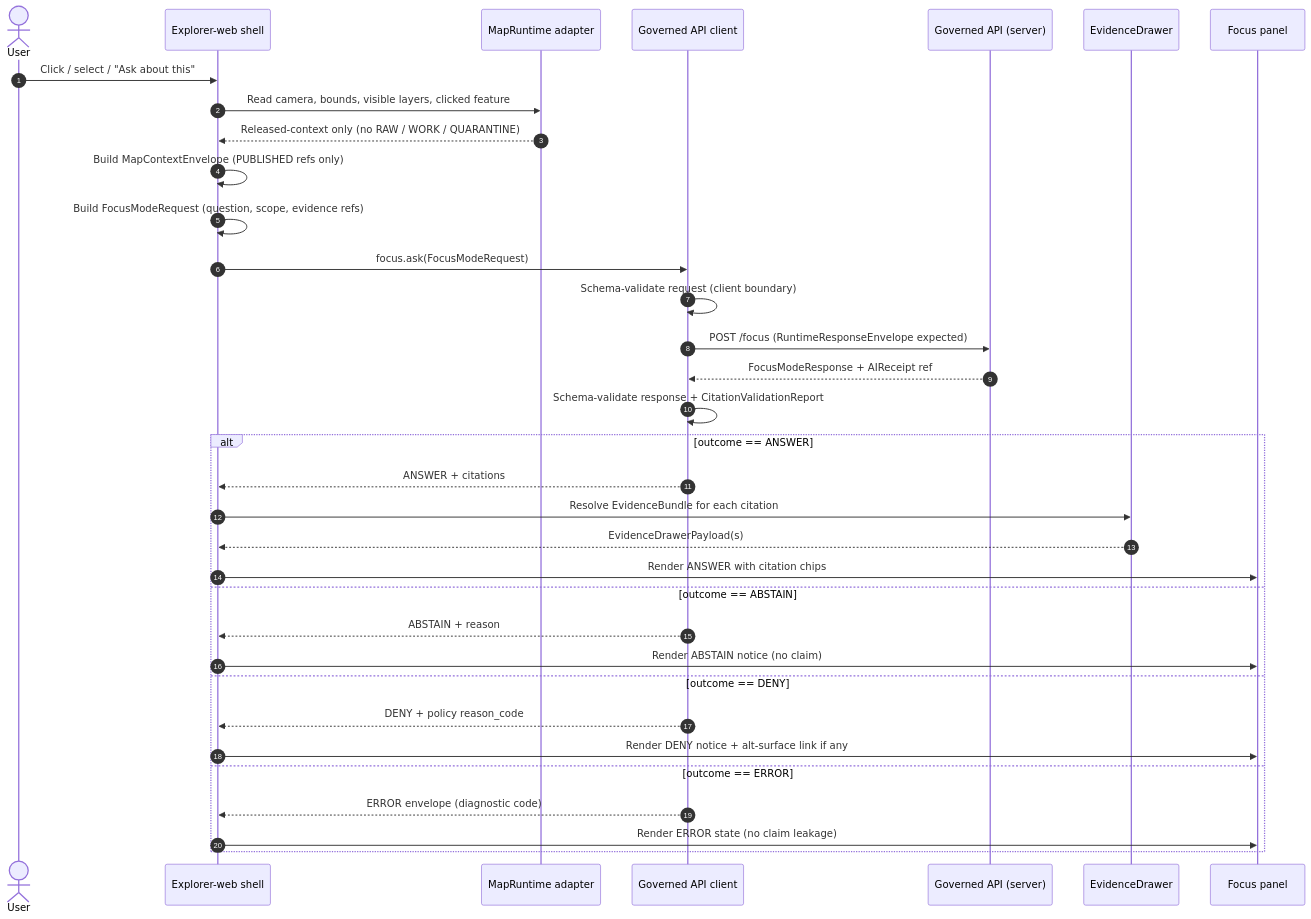
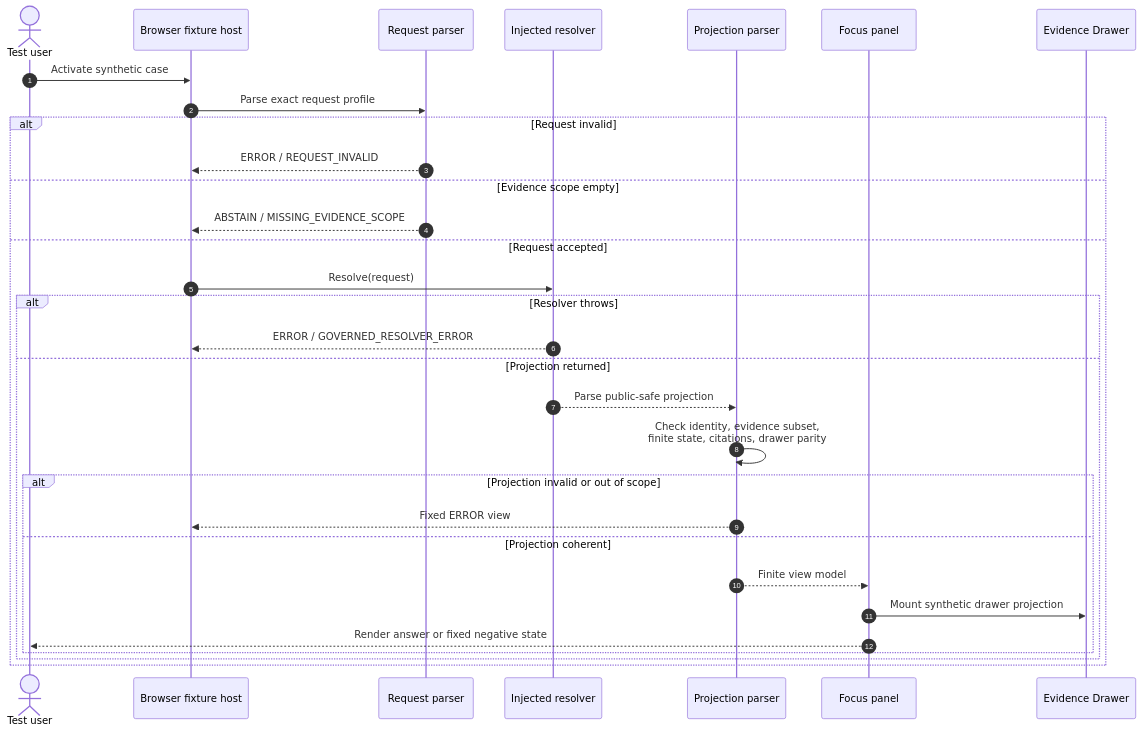
The first of 2 diagrams in docs/architecture/ui/FOCUS_FLOW.md (bartytime4life/Kansas-Frontier-Matrix), drawn with Mermaid before and after one commit. The commit also changed other lines of this file, not shown here.

Commit message:
docs(ui): ground Focus Flow in fixture-first boundary

````diff
--- a/docs/architecture/ui/FOCUS_FLOW.md
+++ b/docs/architecture/ui/FOCUS_FLOW.md
@@ -130,37 +282,34 @@
 ```mermaid
 sequenceDiagram
     autonumber
-    actor U as User
-    participant Sh as Explorer-web shell
-    participant MR as MapRuntime adapter
-    participant Cl as Governed API client
-    participant GA as Governed API (server)
-    participant ED as EvidenceDrawer
-    participant FP as Focus panel
+    actor U as Test user
+    participant H as Browser fixture host
+    participant P as Request parser
+    participant R as Injected resolver
+    participant V as Projection parser
+    participant F as Focus panel
+    participant D as Evidence Drawer
 
-    U->>Sh: Click / select / "Ask about this"
-    Sh->>MR: Read camera, bounds, visible layers, clicked feature
-    MR-->>Sh: Released-context only (no RAW / WORK / QUARANTINE)
-    Sh->>Sh: Build MapContextEnvelope (PUBLISHED refs only)
-    Sh->>Sh: Build FocusModeRequest (question, scope, evidence refs)
-    Sh->>Cl: focus.ask(FocusModeRequest)
-    Cl->>Cl: Schema-validate request (client boundary)
-    Cl->>GA: POST /focus (RuntimeResponseEnvelope expected)
-    GA-->>Cl: FocusModeResponse + AIReceipt ref
-    Cl->>Cl: Schema-validate response + CitationValidationReport
-    alt outcome == ANSWER
-        Cl-->>Sh: ANSWER + citations
-        Sh->>ED: Resolve EvidenceBundle for each citation
-        ED-->>Sh: EvidenceDrawerPayload(s)
-        Sh->>FP: Render ANSWER with citation chips
-    else outcome == ABSTAIN
-        Cl-->>Sh: ABSTAIN + reason
-        Sh->>FP: Render ABSTAIN notice (no claim)
-    else outcome == DENY
-        Cl-->>Sh: DENY + policy reason_code
-        Sh->>FP: Render DENY notice + alt-surface link if any
-    else outcome == ERROR
-        Cl-->>Sh: ERROR envelope (diagnostic code)
-        Sh->>FP: Render ERROR state (no claim leakage)
+    U->>H: Activate synthetic case
+    H->>P: Parse exact request profile
+    alt Request invalid
+        P-->>H: ERROR / REQUEST_INVALID
+    else Evidence scope empty
+        P-->>H: ABSTAIN / MISSING_EVIDENCE_SCOPE
+    else Request accepted
+        H->>R: Resolve(request)
+        alt Resolver throws
+            R-->>H: ERROR / GOVERNED_RESOLVER_ERROR
+        else Projection returned
+            R-->>V: Parse public-safe projection
+            V->>V: Check identity, evidence subset,<br/>finite state, citations, drawer parity
+            alt Projection invalid or out of scope
+                V-->>H: Fixed ERROR view
+            else Projection coherent
+                V-->>F: Finite view model
+                F->>D: Mount synthetic drawer projection
+                F-->>U: Render answer or fixed negative state
+            end
+        end
     end
 ```
````
